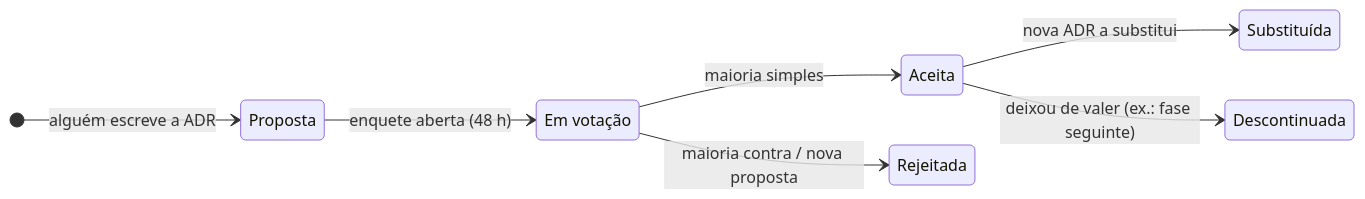
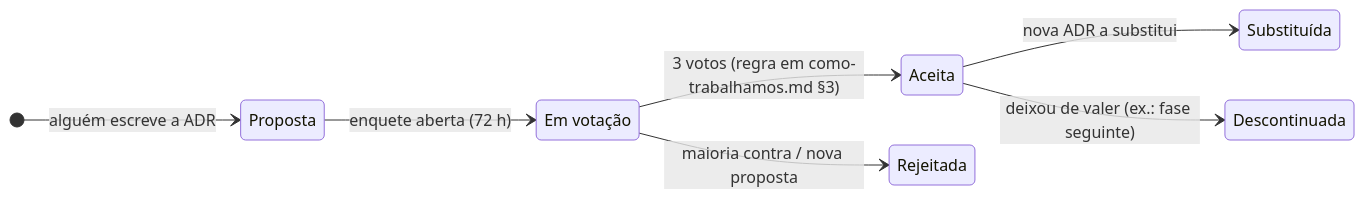
One commit to HermandoThiago/FIAP-SOAT changed the diagram in docs/02-adr/README.md. Above: the diagram before and after it, drawn with Mermaid. The commit also changed other lines of this file and 29 other files, not shown here.

````diff
--- a/docs/02-adr/README.md
+++ b/docs/02-adr/README.md
@@ -8,12 +8,12 @@
 ```mermaid
 stateDiagram-v2
     direction LR
     [*] --> Proposta: alguém escreve a ADR
-    Proposta --> EmVotacao: enquete aberta (48 h)
-    EmVotacao --> Aceita: maioria simples
+    Proposta --> EmVotacao: enquete aberta (72 h)
+    EmVotacao --> Aceita: 3 votos (regra em como-trabalhamos.md §3)
     EmVotacao --> Rejeitada: maioria contra / nova proposta
     Aceita --> Substituida: nova ADR a substitui
     Aceita --> Descontinuada: deixou de valer (ex.: fase seguinte)
     state "Em votação" as EmVotacao
     state "Substituída" as Substituida
 ```
````
